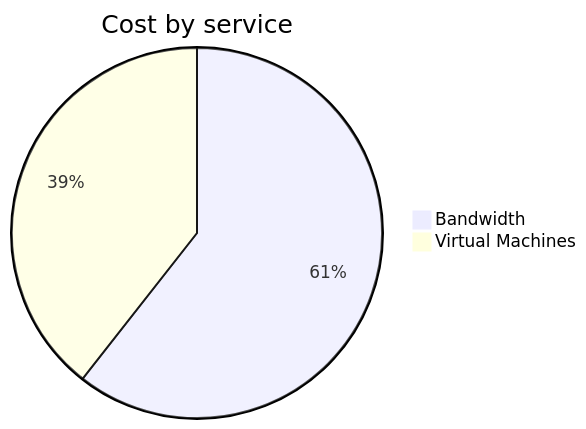
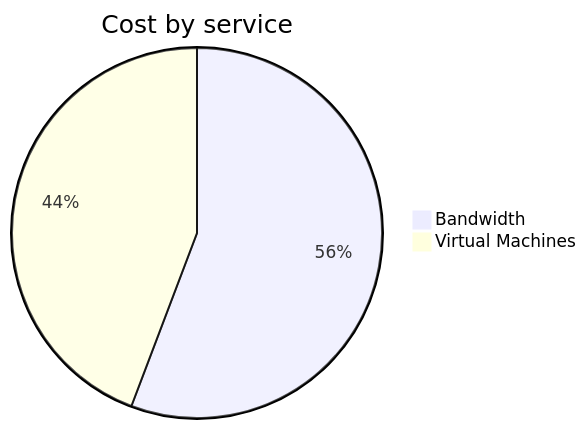
One commit to jpfulton/azure-personal-reports changed the second of 4 diagrams in cost-reports/personal-network/vpn-server.md. Above: the diagram before and after it, drawn with Mermaid. The commit also changed other lines of this file and 8 other files, not shown here.

````diff
--- a/cost-reports/personal-network/vpn-server.md
+++ b/cost-reports/personal-network/vpn-server.md
@@ -94,6 +94,6 @@
 ```mermaid
 pie
    title Cost by service
    "Bandwidth" : 2.66
-   "Virtual Machines" : 1.73
+   "Virtual Machines" : 2.11
 ```
````
